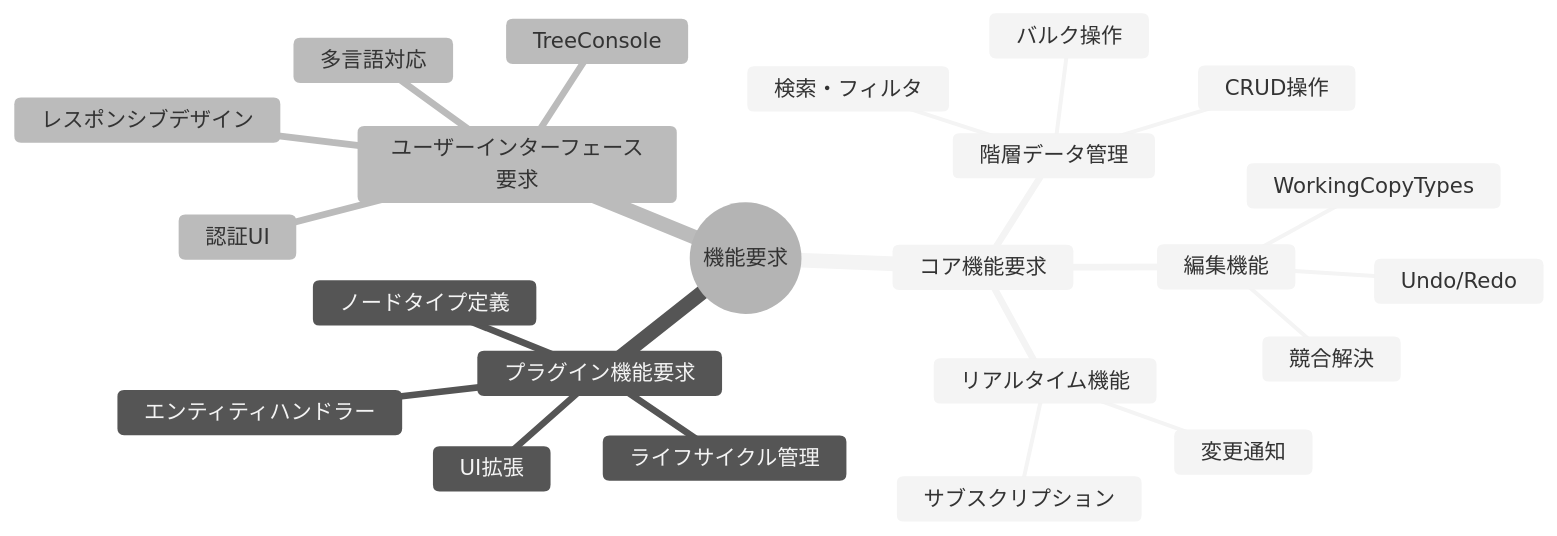
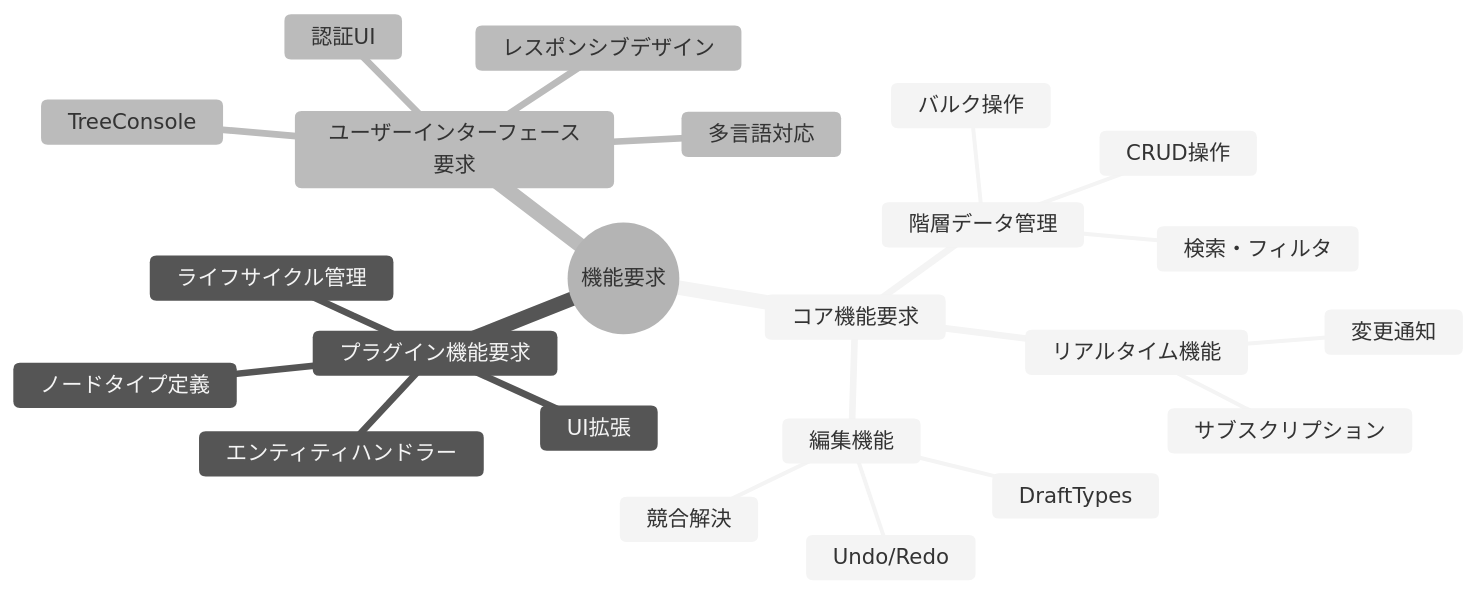
One commit to kubohiroya/hierarchidb changed the first of 28 diagrams in docs/DEVELOPER_REPORT_COMPREHENSIVE/02_REQUIREMENTS_SPECIFICATION.md. Above: the diagram before and after it, drawn with Mermaid (neutral theme). The commit also changed other lines of this file and 796 other files, not shown here.

````diff
--- a/docs/DEVELOPER_REPORT_COMPREHENSIVE/02_REQUIREMENTS_SPECIFICATION.md
+++ b/docs/DEVELOPER_REPORT_COMPREHENSIVE/02_REQUIREMENTS_SPECIFICATION.md
@@ -7,26 +7,26 @@
 ```mermaid
 mindmap
   root((機能要求))
     コア機能要求
       階層データ管理
         CRUD操作
         バルク操作
         検索・フィルタ
       編集機能
-        WorkingCopyTypes
+        DraftTypes
         Undo/Redo
         競合解決
       リアルタイム機能
         変更通知
         サブスクリプション
     プラグイン機能要求
       ノードタイプ定義
       エンティティハンドラー
       ライフサイクル管理
       UI拡張
     ユーザーインターフェース要求
       TreeConsole
       認証UI
       多言語対応
       レスポンシブデザイン
 ```
````
